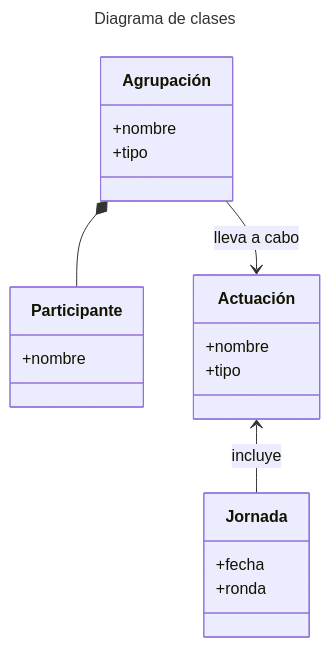
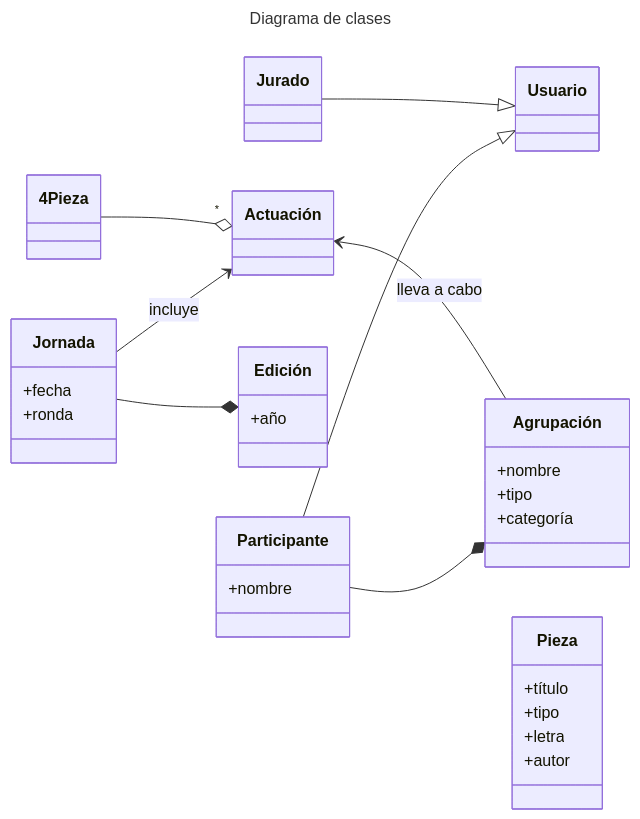
The diagram in docs/requisitos.md (Lr2314/iw2026-2027-carnaval), drawn with Mermaid before and after one commit.

Commit message:
Añadir jurado, edición y pieza

````diff
--- a/docs/requisitos.md
+++ b/docs/requisitos.md
@@ -2,24 +2,35 @@
 ```mermaid
 ---
 title: Diagrama de clases
 ---
 classDiagram
+    direction RL
     Agrupación *-- Participante
     Agrupación --> Actuación : lleva a cabo
     Actuación <-- Jornada : incluye
+    Actuación "*"o--4 Pieza
+    Edición *-- Jornada
+    Usuario <|-- Participante
+    Usuario <|-- Jurado
     class Agrupación{
         +nombre
         +tipo
+        +categoría
     }
     class Participante {
         +nombre
-    }
-    class Actuación {
-        +nombre
-        +tipo
     }
     class Jornada {
         +fecha
         +ronda
     }
+    class Pieza {
+        +título
+        +tipo
+        +letra
+        +autor
+    }
+    class Edición {
+        +año
+    }
 ```
````
